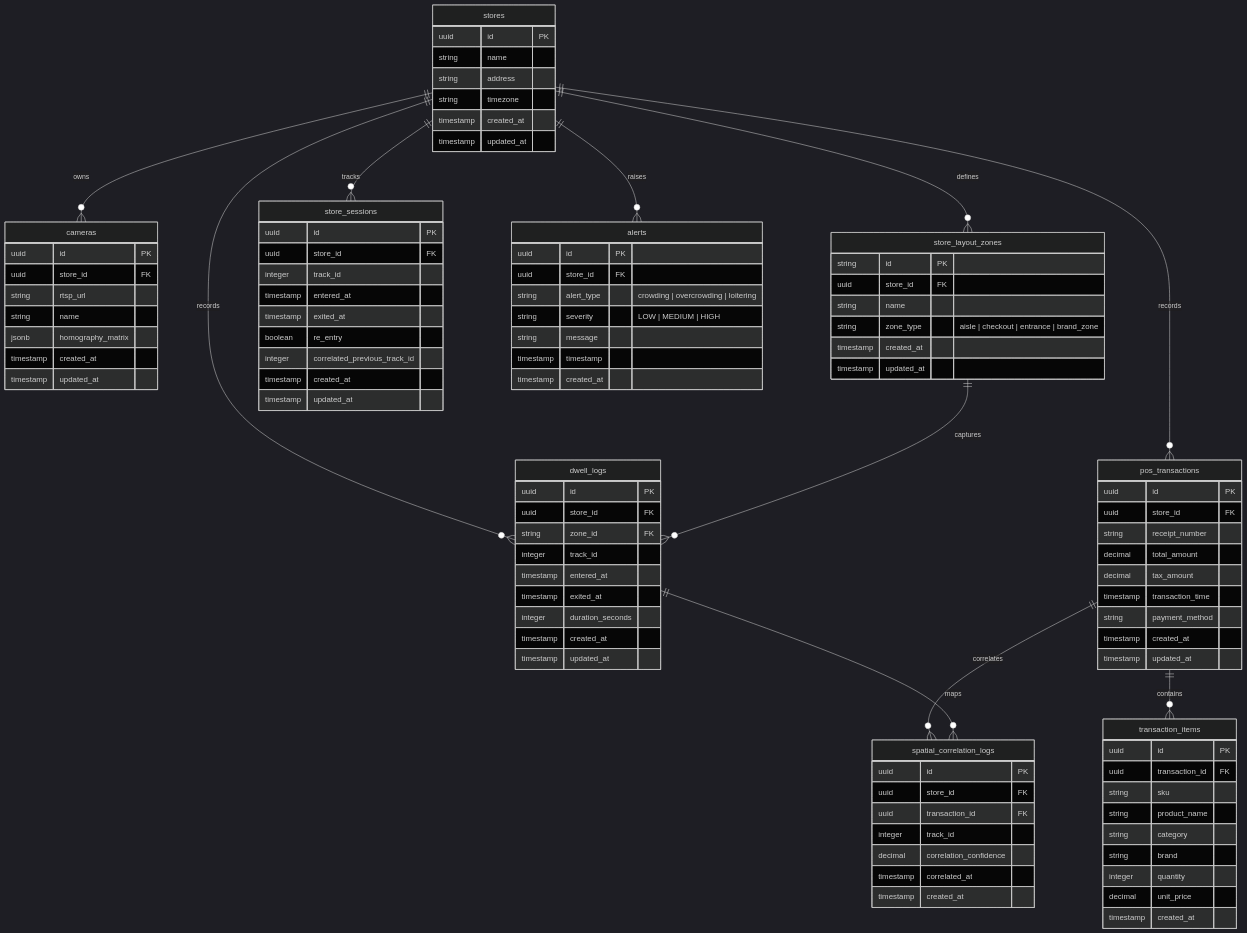
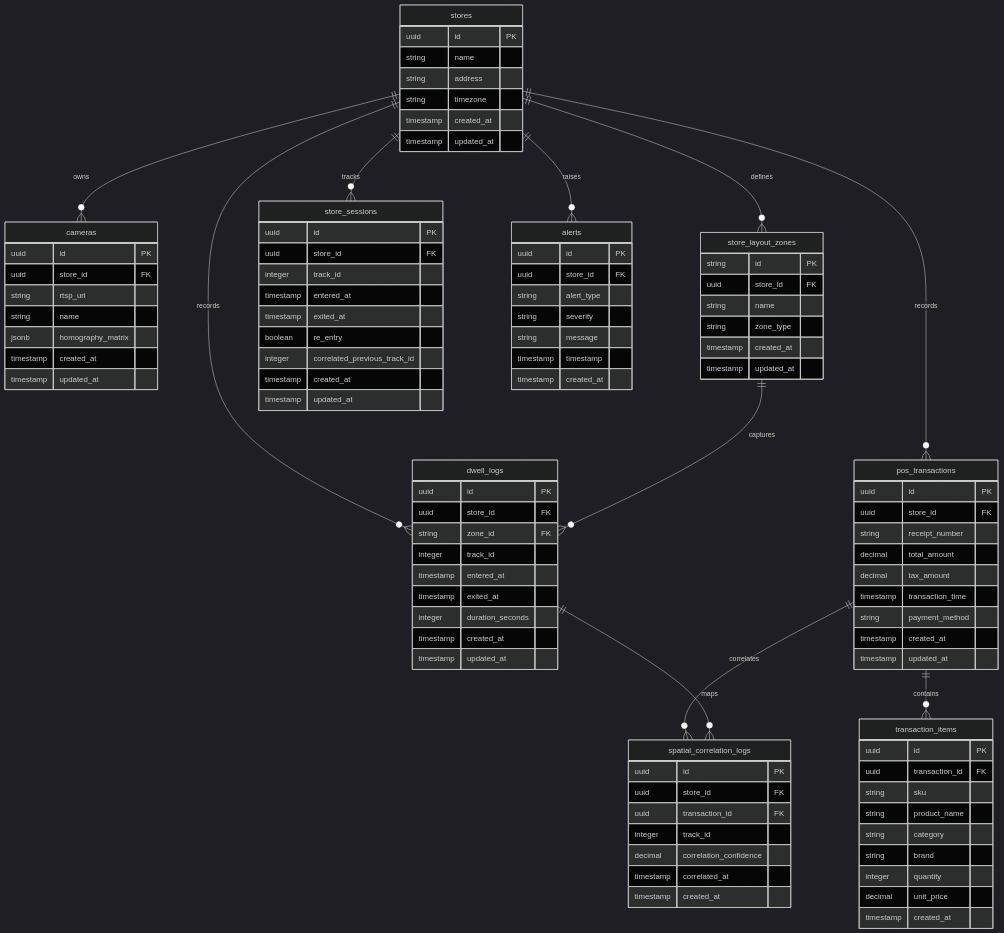
The fourth of 5 diagrams in DESIGN.md (akash012345678/AI-Store-Intelligence), drawn with Mermaid (dark theme) before and after one commit. The commit also changed other lines of this file, not shown here.

```diff
--- a/DESIGN.md
+++ b/DESIGN.md
@@ -213,7 +280,7 @@
         string id PK
         uuid store_id FK
         string name
-        string zone_type "aisle | checkout | entrance | brand_zone"
+        string zone_type
         timestamp created_at
         timestamp updated_at
     }
@@ -279,8 +346,8 @@
     alerts {
         uuid id PK
         uuid store_id FK
-        string alert_type "crowding | overcrowding | loitering"
-        string severity "LOW | MEDIUM | HIGH"
+        string alert_type
+        string severity
         string message
         timestamp timestamp
         timestamp created_at
```
